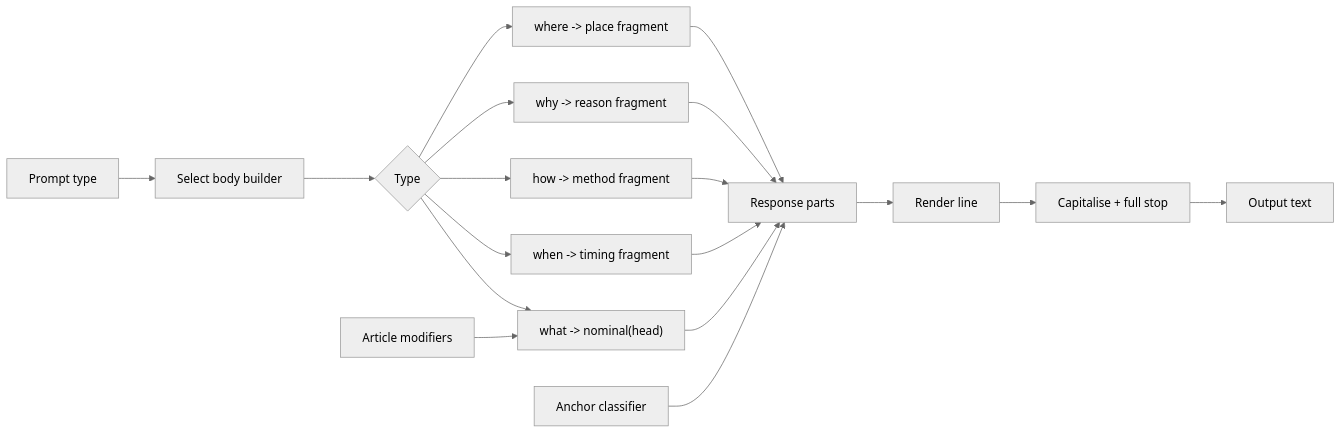
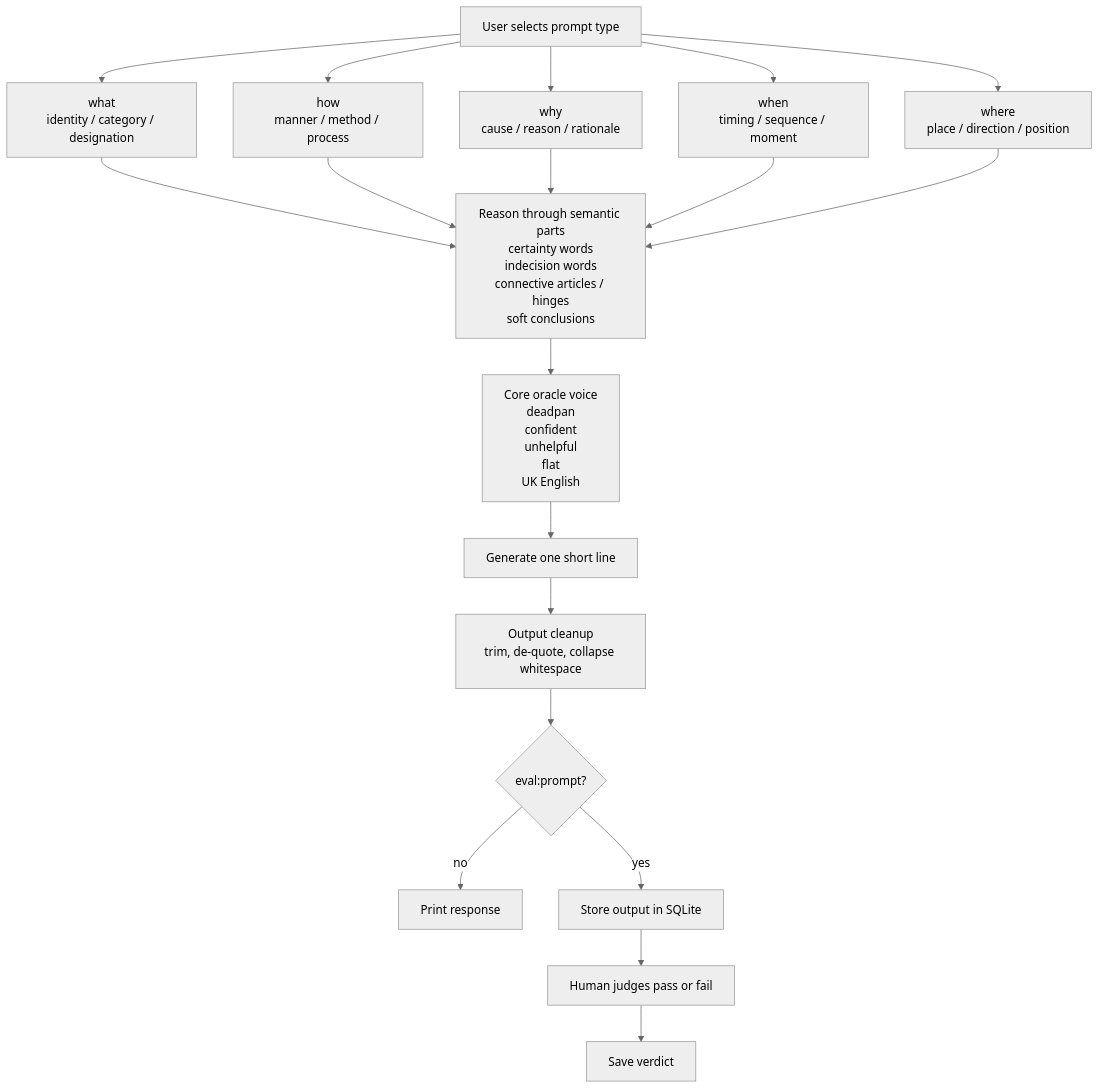
The diagram in docs/diagrams/PIPELINE.md (tryskian/probaboracle), drawn with Mermaid (neutral theme) before and after one commit. The commit also changed other lines of this file and 12 other files, not shown here.

````diff
--- a/docs/diagrams/PIPELINE.md
+++ b/docs/diagrams/PIPELINE.md
@@ -5,20 +5,27 @@
 ```mermaid
-flowchart LR
-    A["Prompt type"] --> B["Select body builder"]
-    B --> C{"Type"}
-    C --> D["what -> nominal(head)"]
-    C --> E["when -> timing fragment"]
-    C --> F["how -> method fragment"]
-    C --> G["why -> reason fragment"]
-    C --> H["where -> place fragment"]
-    D --> I["Response parts"]
-    E --> I
-    F --> I
-    G --> I
-    H --> I
-    J["Anchor classifier"] --> I
-    K["Article modifiers"] --> D
-    I --> L["Render line"]
-    L --> M["Capitalise + full stop"]
-    M --> N["Output text"]
+flowchart TD
+    A["User selects prompt type"]
+
+    A --> W["what<br/>identity / category / designation"]
+    A --> H["how<br/>manner / method / process"]
+    A --> Y["why<br/>cause / reason / rationale"]
+    A --> N["when<br/>timing / sequence / moment"]
+    A --> R["where<br/>place / direction / position"]
+
+    W --> B
+    H --> B
+    Y --> B
+    N --> B
+    R --> B
+
+    B["Reason through semantic parts<br/>certainty words<br/>indecision words<br/>connective articles / hinges<br/>soft conclusions"]
+    B --> C["Core oracle voice<br/>deadpan<br/>confident<br/>unhelpful<br/>flat<br/>UK English"]
+    C --> D["Generate one short line"]
+    D --> E["Output cleanup<br/>trim, de-quote, collapse whitespace"]
+
+    E --> G{"eval:prompt?"}
+    G -->|no| P["Print response"]
+    G -->|yes| S["Store output in SQLite"]
+    S --> J["Human judges pass or fail"]
+    J --> K["Save verdict"]
 ```
````
